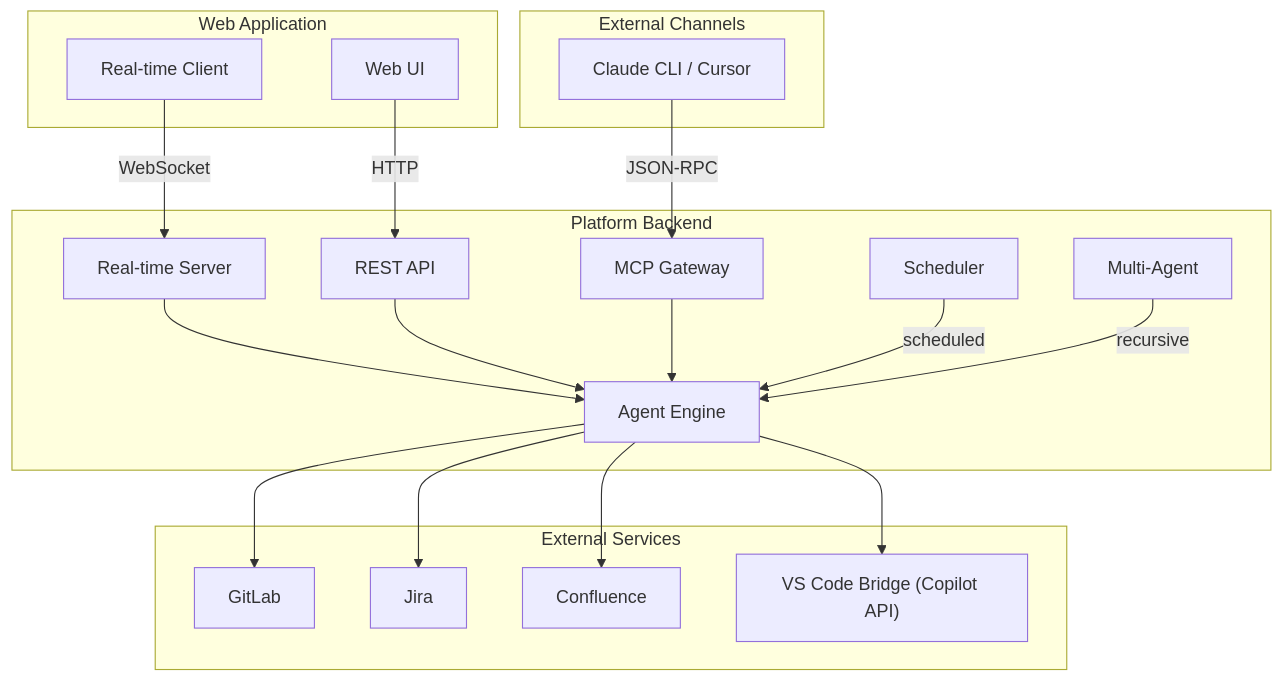
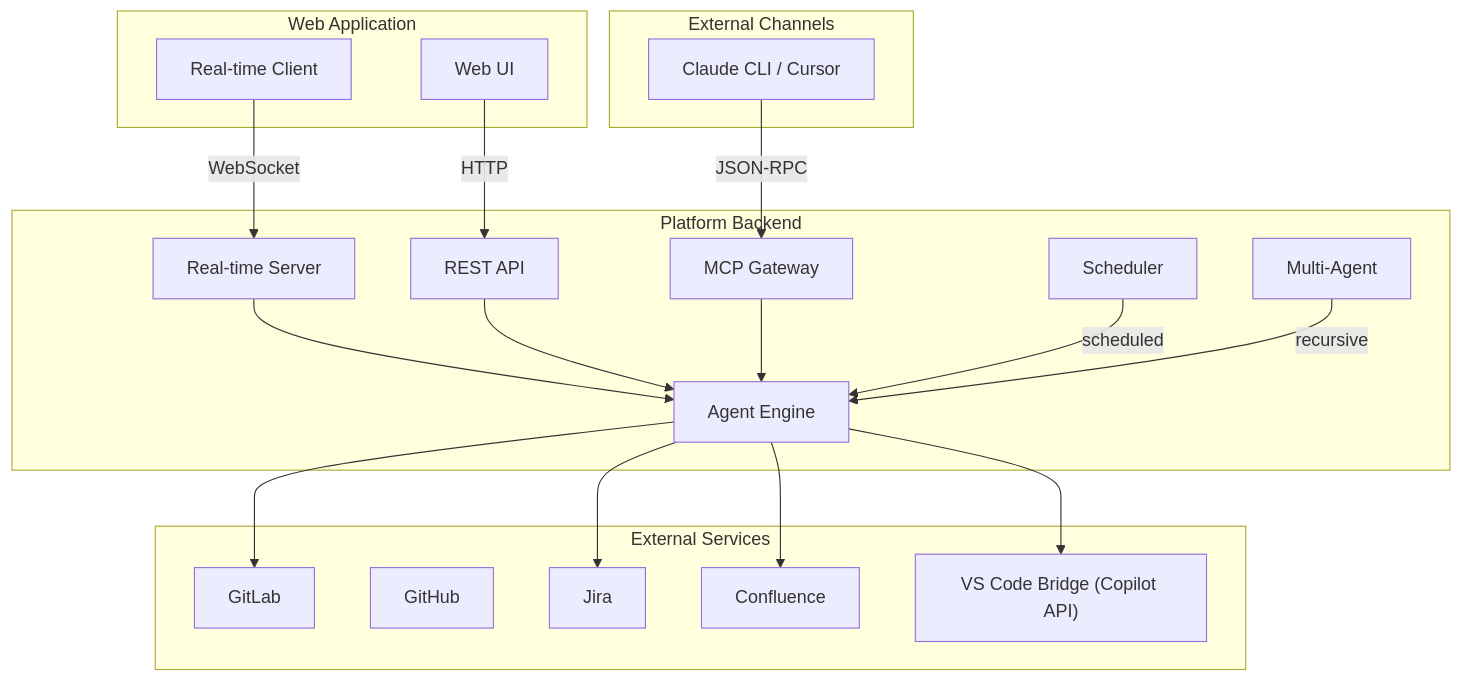
The first of 2 diagrams in docs/core-concepts/architecture.md (andreseloysv/agile-agent-release), drawn with Mermaid before and after one commit. The commit also changed 250 other files, not shown here.

````diff
--- a/docs/core-concepts/architecture.md
+++ b/docs/core-concepts/architecture.md
@@ -7,40 +7,41 @@
 ```mermaid
 graph TB
     subgraph Frontend["Web Application"]
         UI[Web UI]
         WSC[Real-time Client]
     end
 
     subgraph Backend["Platform Backend"]
         API[REST API]
         WSS[Real-time Server]
         AR[Agent Engine]
         MCP[MCP Gateway]
         CS[Scheduler]
         SA[Multi-Agent]
     end
 
     subgraph Channels["External Channels"]
         CLI[Claude CLI / Cursor]
     end
 
     subgraph Services["External Services"]
         GL[GitLab]
+        GH[GitHub]
         JR[Jira]
         CF[Confluence]
         LLM["VS Code Bridge (Copilot API)"]
     end
 
     UI -->|HTTP| API
     WSC -->|WebSocket| WSS
     WSS --> AR
     API --> AR
     CLI -->|JSON-RPC| MCP
     MCP --> AR
     CS -->|scheduled| AR
     SA -->|recursive| AR
     AR --> LLM
     AR --> GL
     AR --> JR
     AR --> CF
 ```
````
